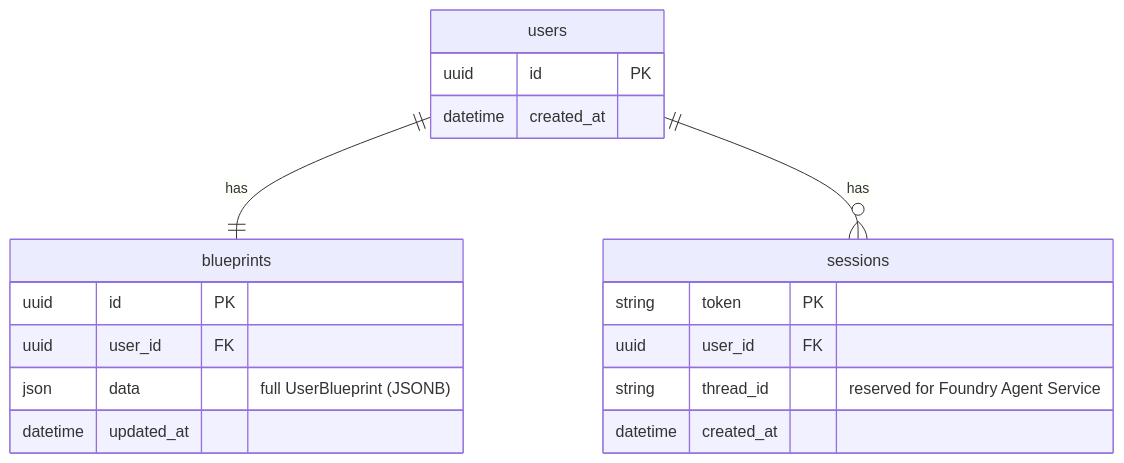
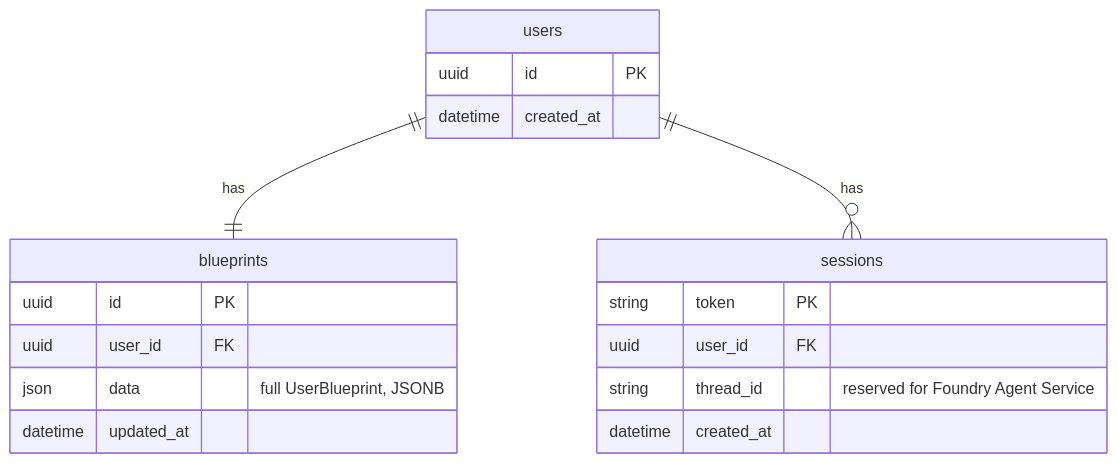
Before and after one commit to scopeta/futureself: the fourth of 6 diagrams in ARCHITECTURE.md, drawn with Mermaid. The commit also changed other lines of this file, not shown here.

First line of the commit message:
docs: harden ARCHITECTURE.md mermaid for portable rendering

````diff
--- a/ARCHITECTURE.md
+++ b/ARCHITECTURE.md
@@ -158,22 +158,22 @@
 ```mermaid
 erDiagram
     users ||--|| blueprints : has
     users ||--o{ sessions : has
 
     users {
         uuid id PK
         datetime created_at
     }
     blueprints {
         uuid id PK
         uuid user_id FK
-        json data "full UserBlueprint (JSONB)"
+        json data "full UserBlueprint, JSONB"
         datetime updated_at
     }
     sessions {
         string token PK
         uuid user_id FK
         string thread_id "reserved for Foundry Agent Service"
         datetime created_at
     }
 ```
````
